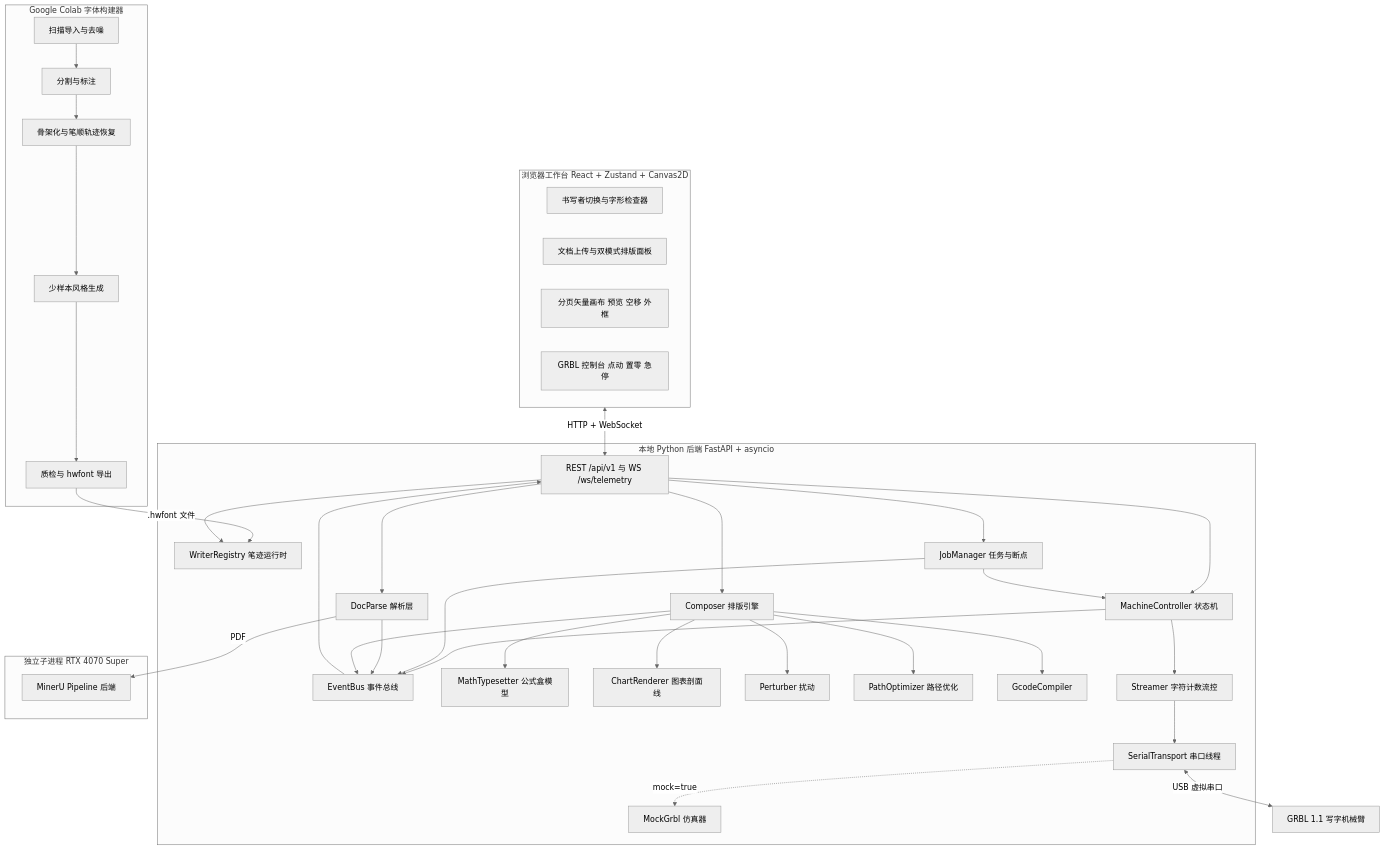
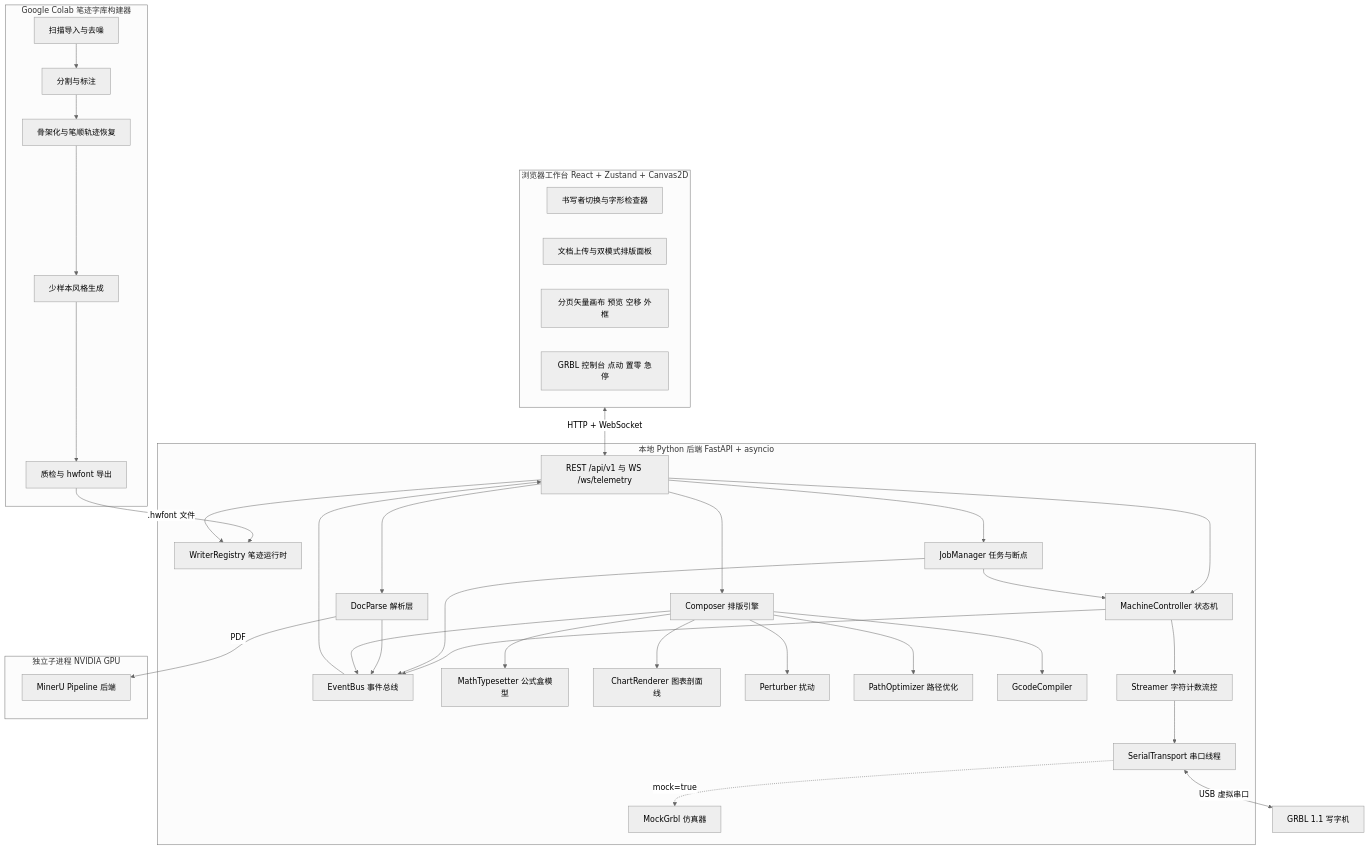
Before and after one commit to muyangplus/inkcraft: the first of 11 diagrams in docs/framework_architecture.md, drawn with Mermaid (neutral theme). The commit also changed other lines of this file and 31 other files, not shown here.

````diff
--- a/docs/framework_architecture.md
+++ b/docs/framework_architecture.md
@@ -68,49 +71,49 @@
 ```mermaid
 flowchart TB
-    subgraph Cloud["Google Colab 字体构建器"]
+    subgraph Cloud["Google Colab 笔迹字库构建器"]
         C1["扫描导入与去噪"] --> C2["分割与标注"]
         C2 --> C3["骨架化与笔顺轨迹恢复"]
         C3 --> C4["少样本风格生成"]
         C4 --> C5["质检与 hwfont 导出"]
     end
 
     subgraph Browser["浏览器工作台 React + Zustand + Canvas2D"]
         U1["书写者切换与字形检查器"]
         U2["文档上传与双模式排版面板"]
         U3["分页矢量画布 预览 空移 外框"]
         U4["GRBL 控制台 点动 置零 急停"]
     end
 
     subgraph Host["本地 Python 后端 FastAPI + asyncio"]
         API["REST /api/v1 与 WS /ws/telemetry"]
         BUS["EventBus 事件总线"]
         WR["WriterRegistry 笔迹运行时"]
         DP["DocParse 解析层"]
         LY["Composer 排版引擎"]
         MT["MathTypesetter 公式盒模型"]
         CH["ChartRenderer 图表剖面线"]
         PT["Perturber 扰动"]
         PO["PathOptimizer 路径优化"]
         GC["GcodeCompiler"]
         JM["JobManager 任务与断点"]
         MC["MachineController 状态机"]
         ST["Streamer 字符计数流控"]
         TR["SerialTransport 串口线程"]
         MK["MockGrbl 仿真器"]
     end
 
-    subgraph GPU["独立子进程 RTX 4070 Super"]
+    subgraph GPU["独立子进程 NVIDIA GPU"]
         MU["MinerU Pipeline 后端"]
     end
 
     C5 -- ".hwfont 文件" --> WR
     Browser <-- "HTTP + WebSocket" --> API
     API --> WR & DP & LY & JM & MC
     DP -- "PDF" --> MU
     LY --> MT & CH & PT & PO
     LY --> GC
     JM --> MC --> ST --> TR
     TR -. "mock=true" .-> MK
-    TR <-- "USB 虚拟串口" --> GRBL["GRBL 1.1 写字机械臂"]
+    TR <-- "USB 虚拟串口" --> GRBL["GRBL 1.1 写字机"]
     MC & JM & DP & LY --> BUS --> API
 ```
````
